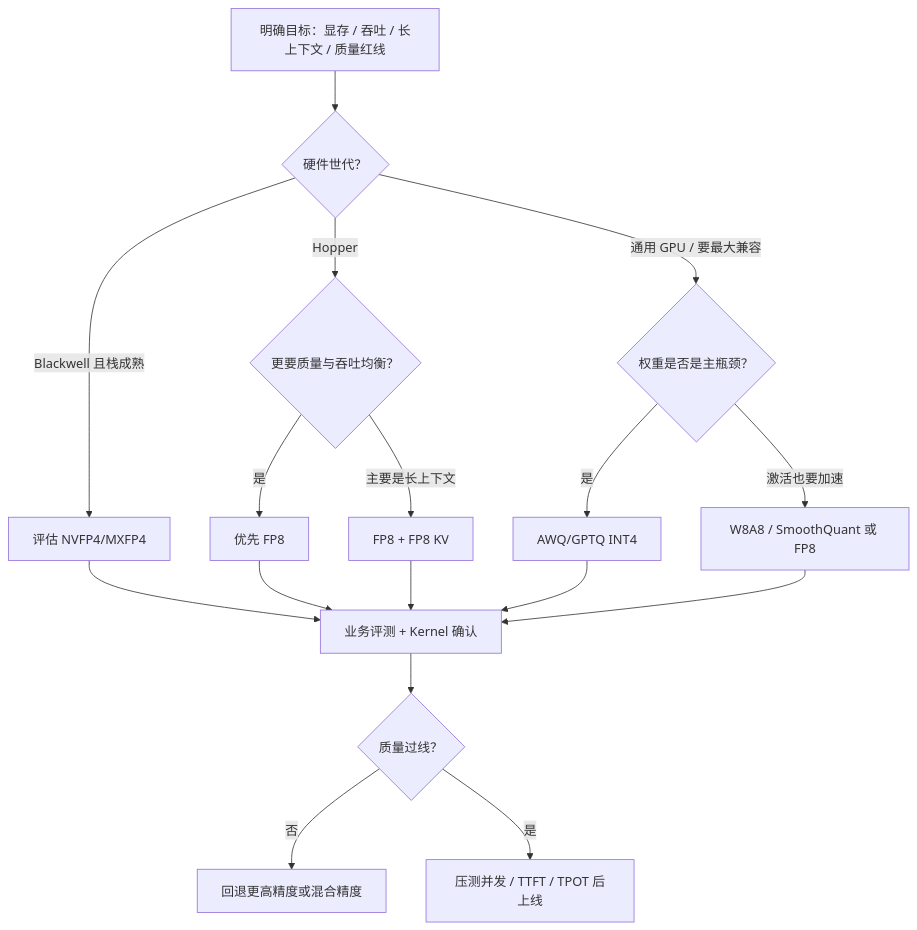
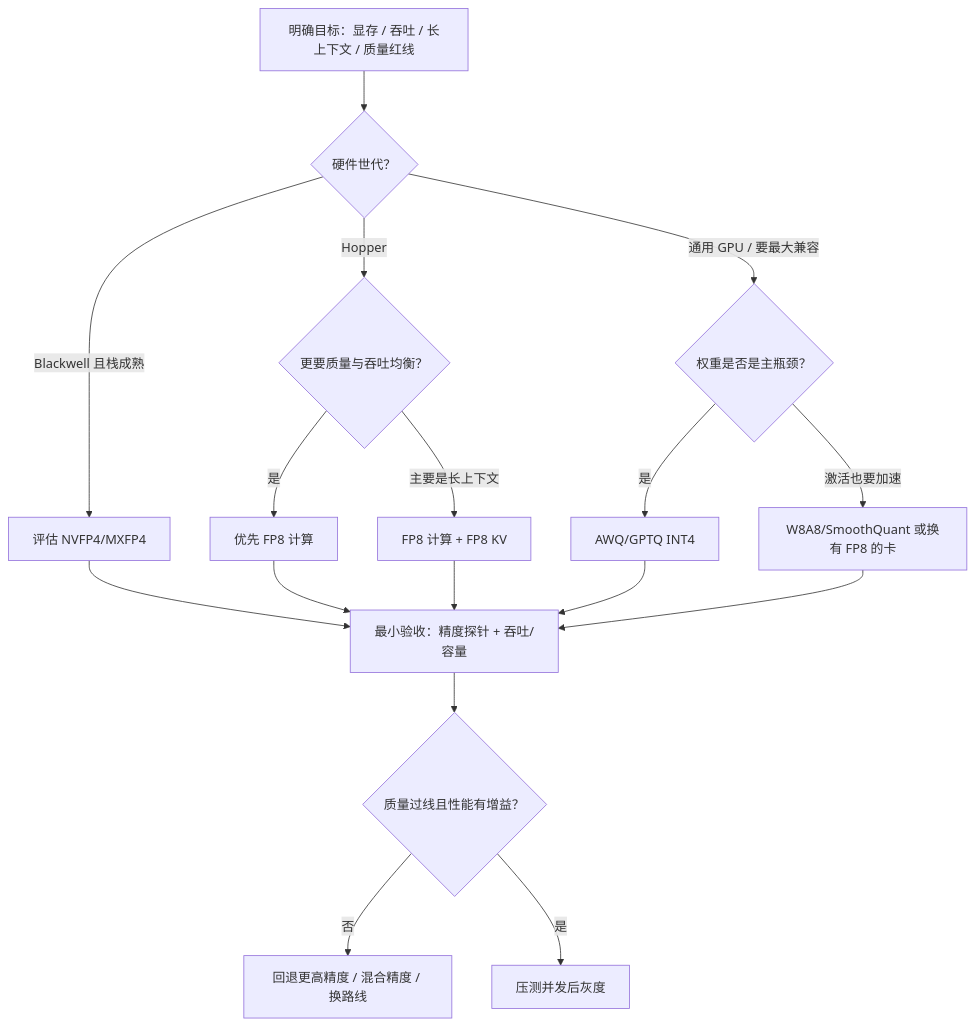
The first of 2 diagrams in docs/guides/模块四-推理优化/第4章-量化/4.6-量化选型与vLLM实战.md (tqm6666/AIInfraGuide), drawn with Mermaid before and after one commit. The commit also changed other lines of this file and 6 other files, not shown here.

````diff
--- a/docs/guides/模块四-推理优化/第4章-量化/4.6-量化选型与vLLM实战.md
+++ b/docs/guides/模块四-推理优化/第4章-量化/4.6-量化选型与vLLM实战.md
@@ -47,19 +51,19 @@
 ```mermaid
 flowchart TD
     A["明确目标：显存 / 吞吐 / 长上下文 / 质量红线"] --> B{"硬件世代？"}
     B -->|Blackwell 且栈成熟| C["评估 NVFP4/MXFP4"]
     B -->|Hopper| D{"更要质量与吞吐均衡？"}
     B -->|通用 GPU / 要最大兼容| E{"权重是否是主瓶颈？"}
-    D -->|是| F["优先 FP8"]
-    D -->|主要是长上下文| G["FP8 + FP8 KV"]
+    D -->|是| F["优先 FP8 计算"]
+    D -->|主要是长上下文| G["FP8 计算 + FP8 KV"]
     E -->|是| H["AWQ/GPTQ INT4"]
-    E -->|激活也要加速| I["W8A8 / SmoothQuant 或 FP8"]
-    H --> J["业务评测 + Kernel 确认"]
+    E -->|激活也要加速| I["W8A8/SmoothQuant 或换有 FP8 的卡"]
+    H --> J["最小验收：精度探针 + 吞吐/容量"]
     F --> J
     G --> J
     I --> J
     C --> J
-    J --> K{"质量过线？"}
-    K -->|否| L["回退更高精度或混合精度"]
-    K -->|是| M["压测并发 / TTFT / TPOT 后上线"]
+    J --> K{"质量过线且性能有增益？"}
+    K -->|否| L["回退更高精度 / 混合精度 / 换路线"]
+    K -->|是| M["压测并发后灰度"]
 ```
````
